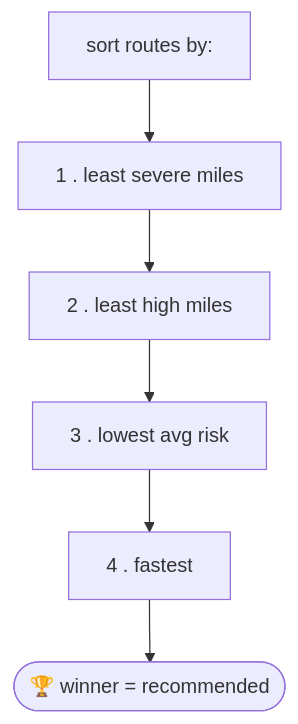
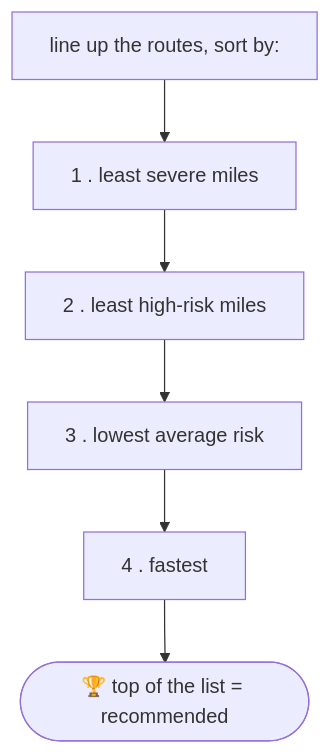
The second of 2 diagrams in docs/WALKTHROUGH.md (Maham-Anwaar/truck-routing), drawn with Mermaid before and after one commit. The commit also changed other lines of this file, not shown here.

````diff
--- a/docs/WALKTHROUGH.md
+++ b/docs/WALKTHROUGH.md
@@ -185,8 +194,8 @@
 ```mermaid
 flowchart TD
-    S["sort routes by:"] --> A[1 . least severe miles]
-    A --> B[2 . least high miles]
-    B --> C[3 . lowest avg risk]
+    S["line up the routes, sort by:"] --> A[1 . least severe miles]
+    A --> B[2 . least high-risk miles]
+    B --> C[3 . lowest average risk]
     C --> D[4 . fastest]
-    D --> W(["🏆 winner = recommended"])
+    D --> W(["🏆 top of the list = recommended"])
 ```
````
